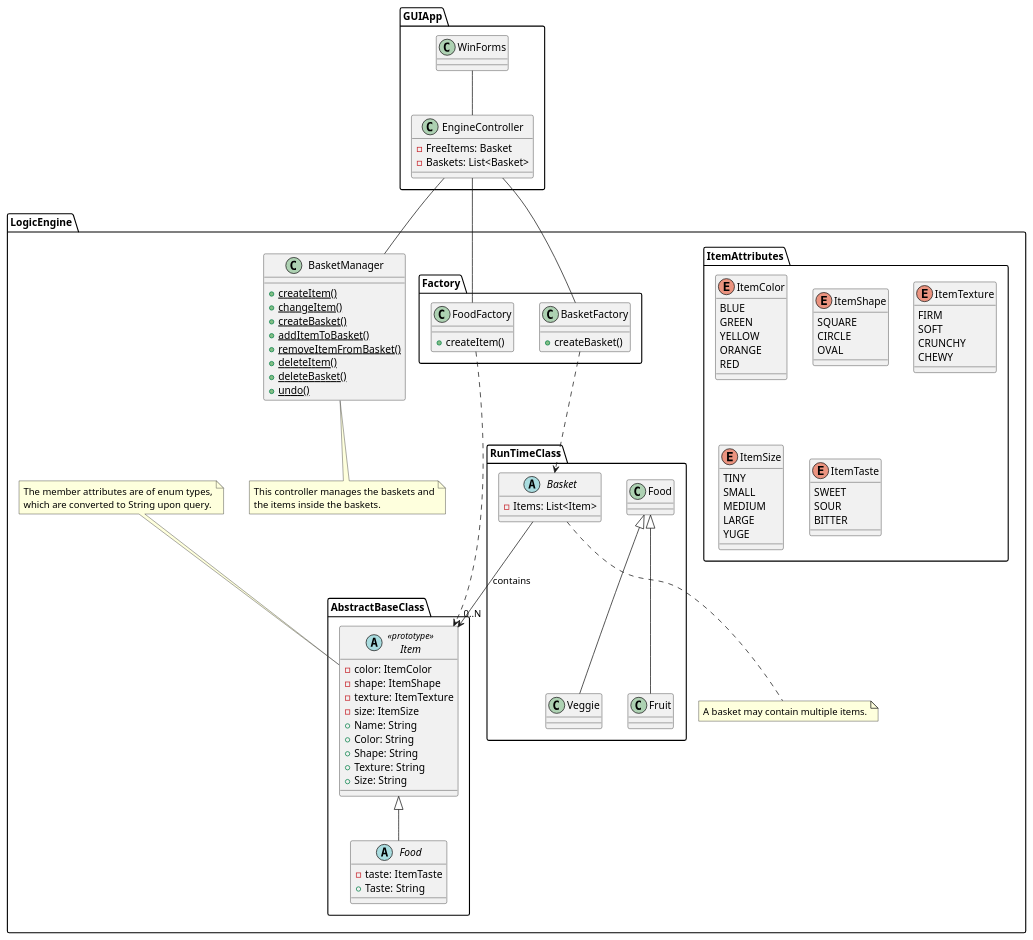
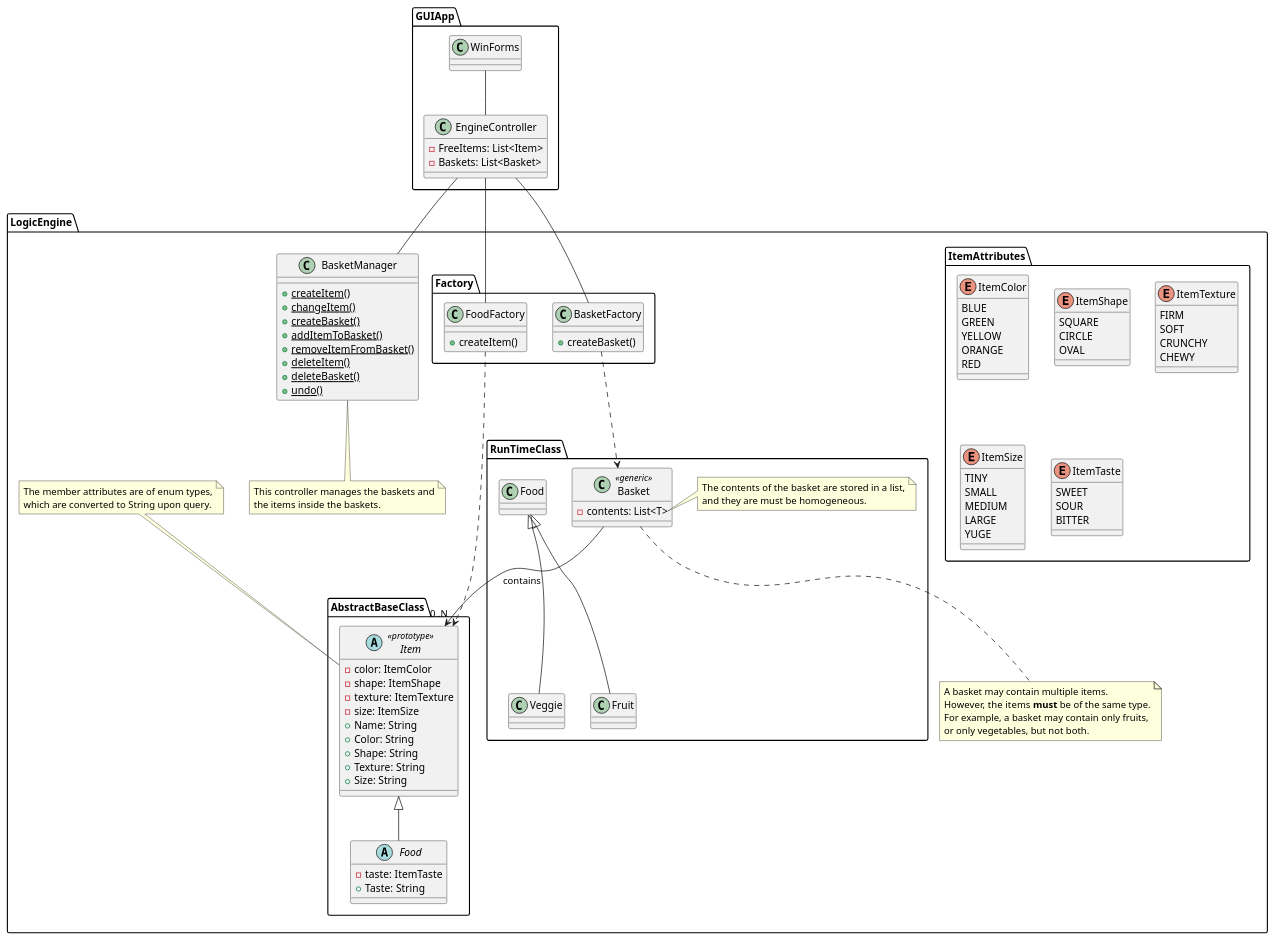
Before and after one commit to abenezerangelos/wsu-cpts321-Final: the diagram in FinalExamProject/Design_Documents/CharlesNorden-ClassDiagram.wsd, drawn with PlantUML. The commit also changed 1 other file, not shown here.

Commit message:
Updated the UML diagram with notes.

```diff
--- a/FinalExamProject/Design_Documents/CharlesNorden-ClassDiagram.wsd
+++ b/FinalExamProject/Design_Documents/CharlesNorden-ClassDiagram.wsd
@@ -1,125 +1,135 @@
 @startuml "CharlesNorden-ClassDiagram"
 
 package "GUIApp" {
     class EngineController {
-        -FreeItems: Basket
+        -FreeItems: List<Item> 
         -Baskets: List<Basket>
     }
 
     WinForms -- EngineController
 }
 
 package "LogicEngine" {
     class BasketManager {
         {static} +createItem()
         {static} +changeItem()
         {static} +createBasket()
         {static} +addItemToBasket()
         {static} +removeItemFromBasket()
         {static} +deleteItem()
         {static} +deleteBasket()
         {static} +undo()
     }
 
     package "AbstractBaseClass" {
         abstract class Item << prototype >> {
             -color: ItemColor
             -shape: ItemShape
             -texture: ItemTexture
             -size: ItemSize
             +Name: String
             +Color: String
             +Shape: String
             +Texture: String
             +Size: String
         }
 
         abstract class Food extends Item {
             -taste: ItemTaste
             +Taste: String
         }
     }
 
     package "ItemAttributes" {
         enum ItemColor {
             BLUE
             GREEN
             YELLOW
             ORANGE
             RED
         }
 
         enum ItemShape {
             SQUARE
             CIRCLE
             OVAL
         }
 
         enum ItemTexture {
             FIRM
             SOFT
             CRUNCHY
             CHEWY
         }
 
         enum ItemSize {
             TINY
             SMALL
             MEDIUM
             LARGE
             YUGE
         }
 
         enum ItemTaste {
             SWEET
             SOUR
             BITTER
         }
     }
 
     package "RunTimeClass" {
         class Veggie extends Food {
         }
 
         class Fruit extends Food{
         }
 
-        abstract class Basket {
-            -Items: List<Item>
+        class Basket << generic >> {
+            -contents: List<T>
         }
+
+        note right of Basket::contents
+            The contents of the basket are stored in a list,
+            and they are must be homogeneous.
+        end note
     }
+
     package Factory {
         class BasketFactory {
             +createBasket()
         }
 
         class FoodFactory {
             +createItem()
         }
 
         BasketFactory ..> Basket
         FoodFactory ..> Item
 
         EngineController -- BasketManager
         EngineController -- BasketFactory
         EngineController -- FoodFactory
 
         Basket --> "0..N" Item : contains
     }
 
     note bottom of BasketManager
         This controller manages the baskets and
         the items inside the baskets.
     end note
 
     note top of Item
         The member attributes are of enum types,
         which are converted to String upon query.
     end note
 
     note bottom of Basket
         A basket may contain multiple items.
+        However, the items **must** be of the same type.
+        For example, a basket may contain only fruits,
+        or only vegetables, but not both.
     end note
+
 }
 
 @enduml
```
